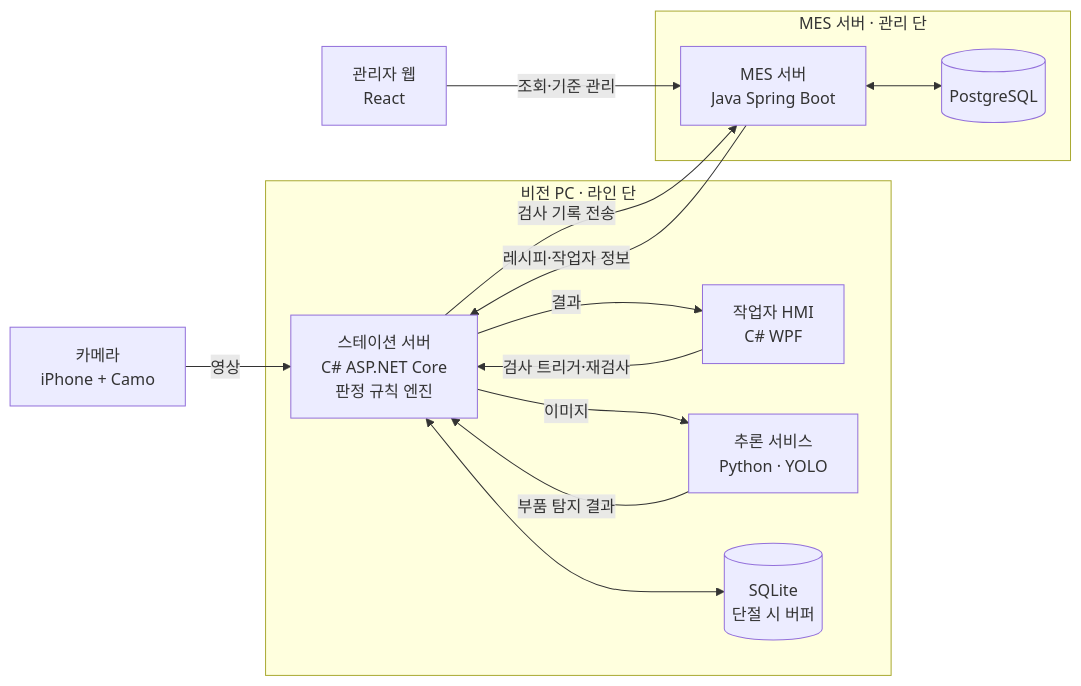
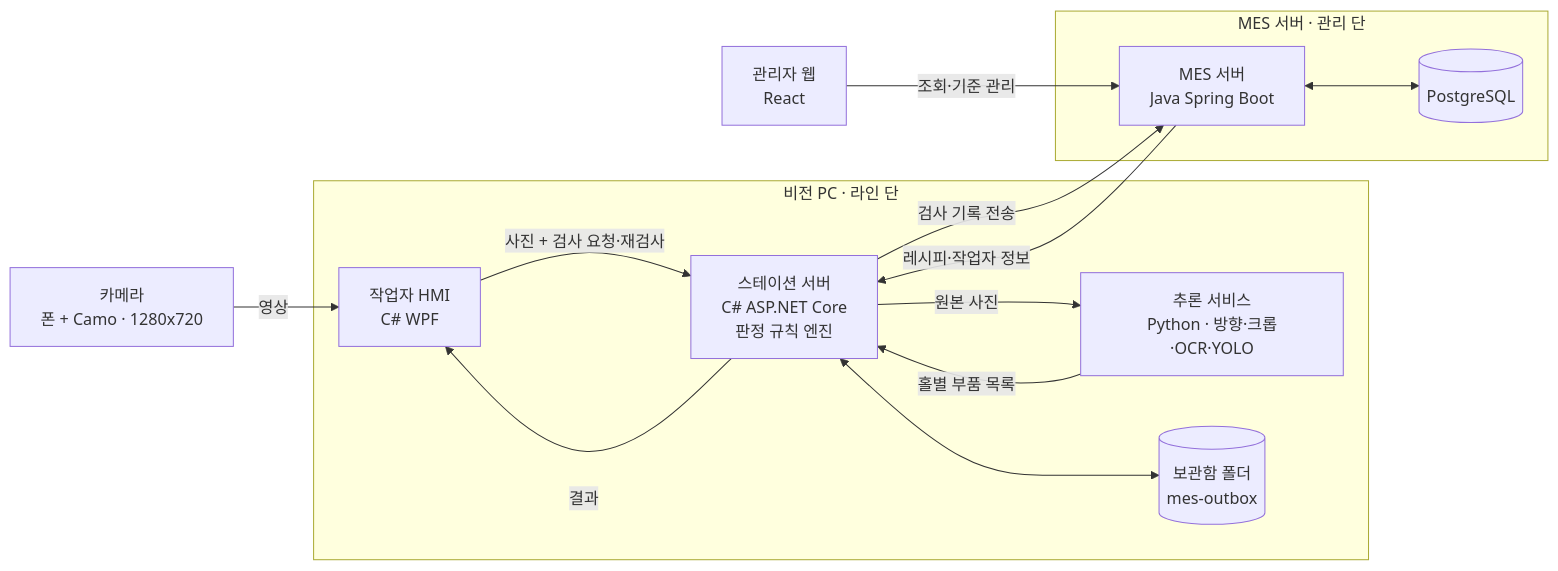
The first of 3 diagrams in README.md (JIWOO1127/pcb-aoi-station), drawn with Mermaid before and after one commit. The commit also changed other lines of this file and 1 other file, not shown here.

````diff
--- a/README.md
+++ b/README.md
@@ -7,29 +7,29 @@
 ```mermaid
 flowchart LR
-    CAM[카메라<br/>iPhone + Camo]
+    CAM[카메라<br/>폰 + Camo · 1280x720]
 
     subgraph VPC[비전 PC · 라인 단]
         HMI[작업자 HMI<br/>C# WPF]
         ST[스테이션 서버<br/>C# ASP.NET Core<br/>판정 규칙 엔진]
-        INF[추론 서비스<br/>Python · YOLO]
-        BUF[(SQLite<br/>단절 시 버퍼)]
+        INF[추론 서비스<br/>Python · 방향·크롭·OCR·YOLO]
+        BUF[(보관함 폴더<br/>mes-outbox)]
     end
 
     subgraph SRV[MES 서버 · 관리 단]
         MES[MES 서버<br/>Java Spring Boot]
         DB[(PostgreSQL)]
     end
 
     WEB[관리자 웹<br/>React]
 
-    CAM -->|영상| ST
-    HMI -->|검사 트리거·재검사| ST
+    CAM -->|영상| HMI
+    HMI -->|사진 + 검사 요청·재검사| ST
     ST -->|결과| HMI
-    ST -->|이미지| INF
-    INF -->|부품 탐지 결과| ST
+    ST -->|원본 사진| INF
+    INF -->|홀별 부품 목록| ST
     ST <--> BUF
     ST -->|검사 기록 전송| MES
     MES -->|레시피·작업자 정보| ST
     MES <--> DB
     WEB -->|조회·기준 관리| MES
 ```
````
